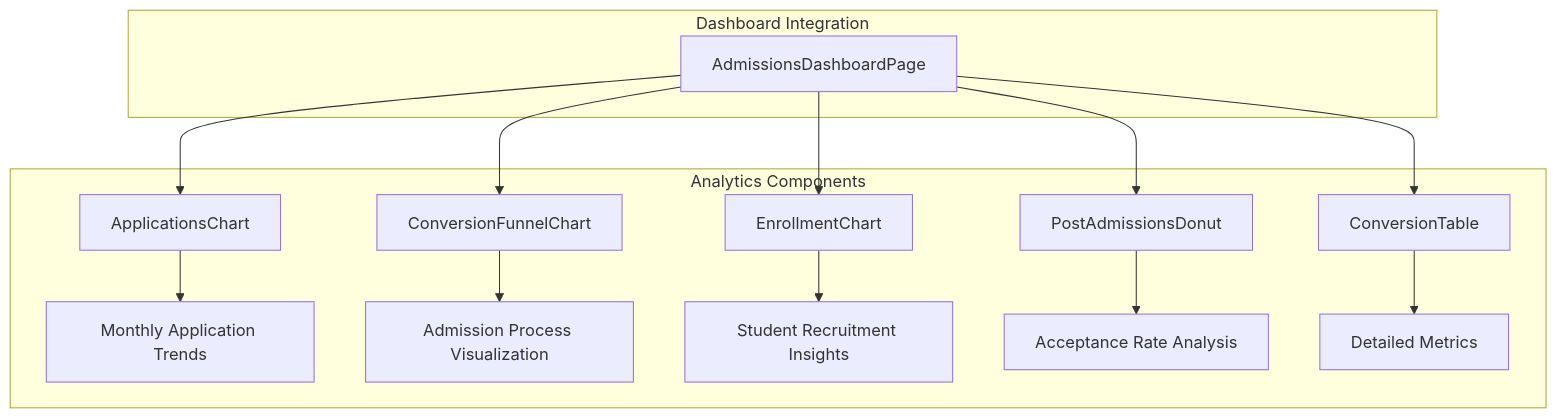
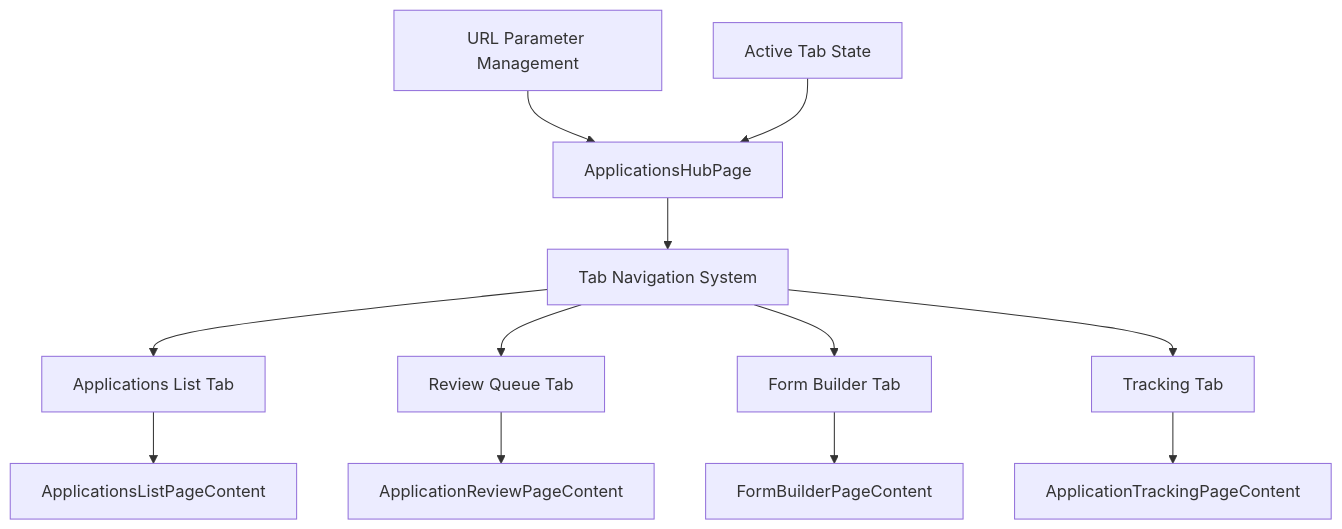
One commit to geniusdynamics/schoolpilot changed the eighth of 11 diagrams in .qoder/repowiki/en/content/Admissions Module.md. Above: the diagram before and after it, drawn with Mermaid. The commit also changed other lines of this file and 311 other files, not shown here.

Commit message:
fix: resolve 8 navigation & hub alignment issues per spec

````diff
--- a/.qoder/repowiki/en/content/Admissions Module.md
+++ b/.qoder/repowiki/en/content/Admissions Module.md
@@ -659,17 +374,14 @@
 ```mermaid
-graph TB
-subgraph "Analytics Components"
-A[ApplicationsChart] --> B[Monthly Application Trends]
-C[ConversionFunnelChart] --> D[Admission Process Visualization]
-E[EnrollmentChart] --> F[Student Recruitment Insights]
-G[PostAdmissionsDonut] --> H[Acceptance Rate Analysis]
-I[ConversionTable] --> J[Detailed Metrics]
-end
-subgraph "Dashboard Integration"
-K[AdmissionsDashboardPage] --> A
-K --> C
-K --> E
-K --> G
-K --> I
-end
+flowchart TD
+A[ApplicationsHubPage] --> B[Tab Navigation System]
+B --> C[Applications List Tab]
+B --> D[Review Queue Tab]
+B --> E[Form Builder Tab]
+B --> F[Tracking Tab]
+C --> G[ApplicationsListPageContent]
+D --> H[ApplicationReviewPageContent]
+E --> I[FormBuilderPageContent]
+F --> J[ApplicationTrackingPageContent]
+K[URL Parameter Management] --> A
+L[Active Tab State] --> A
 ```
````
